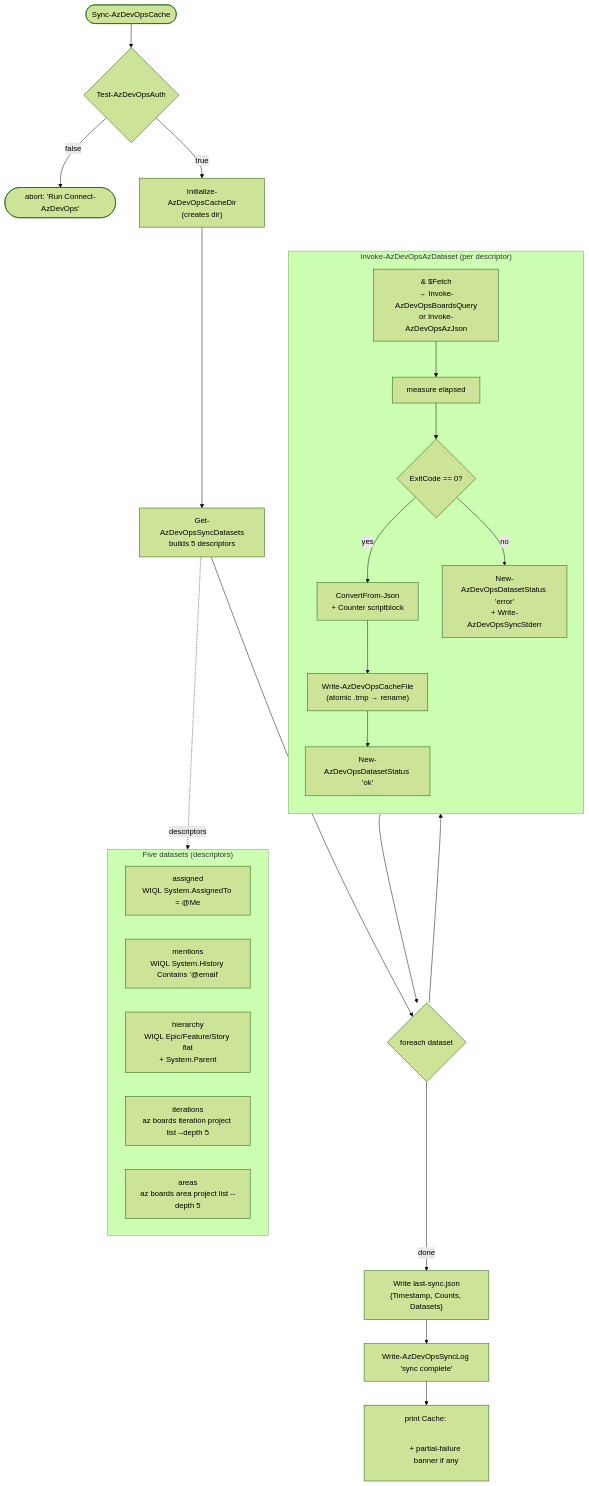
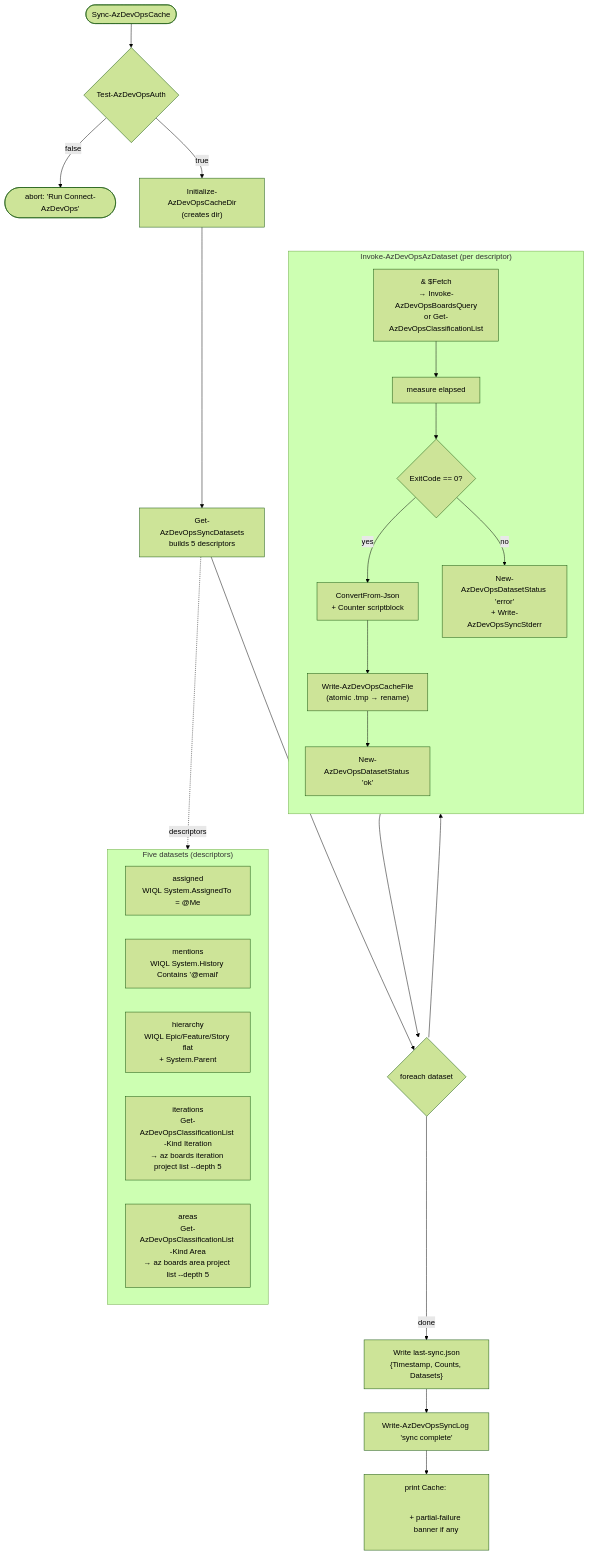
One commit to jdschleicher/bashcuts changed the fourth of 10 diagrams in docs/azure-devops-diagrams.md. Above: the diagram before and after it, drawn with Mermaid (forest theme). The commit also changed other lines of this file, not shown here.

First line of the commit message:
docs(azdevops-diagrams): reflect new data-plane wrapper layer

````diff
--- a/docs/azure-devops-diagrams.md
+++ b/docs/azure-devops-diagrams.md
@@ -166,40 +166,40 @@
 ```mermaid
 flowchart TD
     Entry([Sync-AzDevOpsCache]) --> Auth{Test-AzDevOpsAuth}
     Auth -- false --> AbortAuth([abort: 'Run Connect-AzDevOps'])
     Auth -- true --> Init["Initialize-AzDevOpsCacheDir<br/>(creates dir)"]
     Init --> Datasets["Get-AzDevOpsSyncDatasets<br/>builds 5 descriptors"]
 
     Datasets --> Loop{foreach dataset}
 
     subgraph Each["Invoke-AzDevOpsAzDataset (per descriptor)"]
         direction TB
-        Fetch["& $Fetch<br/>→ Invoke-AzDevOpsBoardsQuery<br/>or Invoke-AzDevOpsAzJson"]
+        Fetch["& $Fetch<br/>→ Invoke-AzDevOpsBoardsQuery<br/>or Get-AzDevOpsClassificationList"]
         Stopwatch["measure elapsed"]
         Branch{ExitCode == 0?}
         Parse["ConvertFrom-Json<br/>+ Counter scriptblock"]
         WriteFile["Write-AzDevOpsCacheFile<br/>(atomic .tmp → rename)"]
         StatusOk["New-AzDevOpsDatasetStatus 'ok'"]
         StatusErr["New-AzDevOpsDatasetStatus 'error'<br/>+ Write-AzDevOpsSyncStderr"]
 
         Fetch --> Stopwatch --> Branch
         Branch -- yes --> Parse --> WriteFile --> StatusOk
         Branch -- no --> StatusErr
     end
 
     Loop --> Each --> Loop
     Loop -- done --> Summary["Write last-sync.json<br/>{Timestamp, Counts, Datasets}"]
     Summary --> Log["Write-AzDevOpsSyncLog 'sync complete'"]
     Log --> Banner["print Cache: <dir><br/>+ partial-failure banner if any"]
 
     subgraph Datasets5["Five datasets (descriptors)"]
         direction LR
         D1["assigned<br/>WIQL System.AssignedTo = @Me"]
         D2["mentions<br/>WIQL System.History Contains '@email'"]
         D3["hierarchy<br/>WIQL Epic/Feature/Story flat<br/>+ System.Parent"]
-        D4["iterations<br/>az boards iteration project list --depth 5"]
-        D5["areas<br/>az boards area project list --depth 5"]
+        D4["iterations<br/>Get-AzDevOpsClassificationList -Kind Iteration<br/>→ az boards iteration project list --depth 5"]
+        D5["areas<br/>Get-AzDevOpsClassificationList -Kind Area<br/>→ az boards area project list --depth 5"]
     end
 
     Datasets -.descriptors.-> Datasets5
 ```
````
